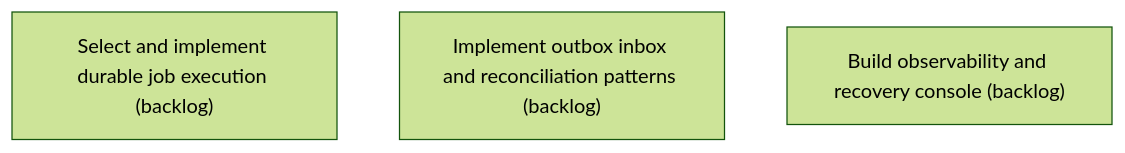
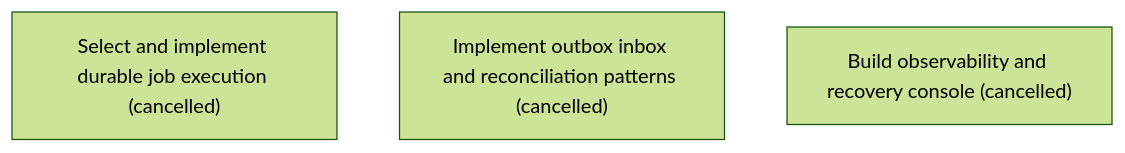
Before and after one commit to asadayoub/Evidentia: the diagram in .skyhook/plan/epics/X9Q94XQS20PNPHN9F0WAFB042Z.md, drawn with Mermaid (forest theme). The commit also changed other lines of this file and 54 other files, not shown here.

Commit message:
docs(skyhook): adopt interaction-first delivery roadmap

````diff
--- a/.skyhook/plan/epics/X9Q94XQS20PNPHN9F0WAFB042Z.md
+++ b/.skyhook/plan/epics/X9Q94XQS20PNPHN9F0WAFB042Z.md
@@ -22,6 +22,6 @@
 ```mermaid
 flowchart TD
-    DC2ZQWDS83EVZ95JRJERYN90RP["Select and implement durable job execution (backlog)"]
-    BNPAYSRAD7TJQ56MBQRP1BAHJQ["Implement outbox inbox and reconciliation patterns (backlog)"]
-    WKW6R599VZYZS7J7V8MXGDXWZX["Build observability and recovery console (backlog)"]
+    DC2ZQWDS83EVZ95JRJERYN90RP["Select and implement durable job execution (cancelled)"]
+    BNPAYSRAD7TJQ56MBQRP1BAHJQ["Implement outbox inbox and reconciliation patterns (cancelled)"]
+    WKW6R599VZYZS7J7V8MXGDXWZX["Build observability and recovery console (cancelled)"]
 ```
````
